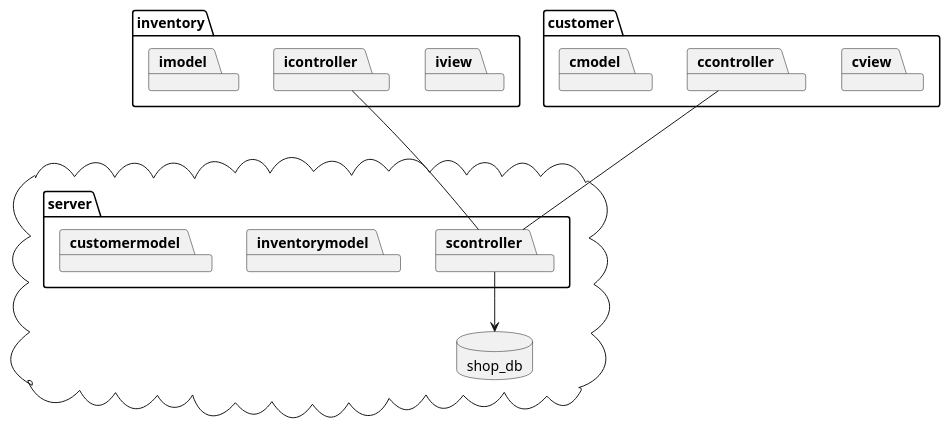
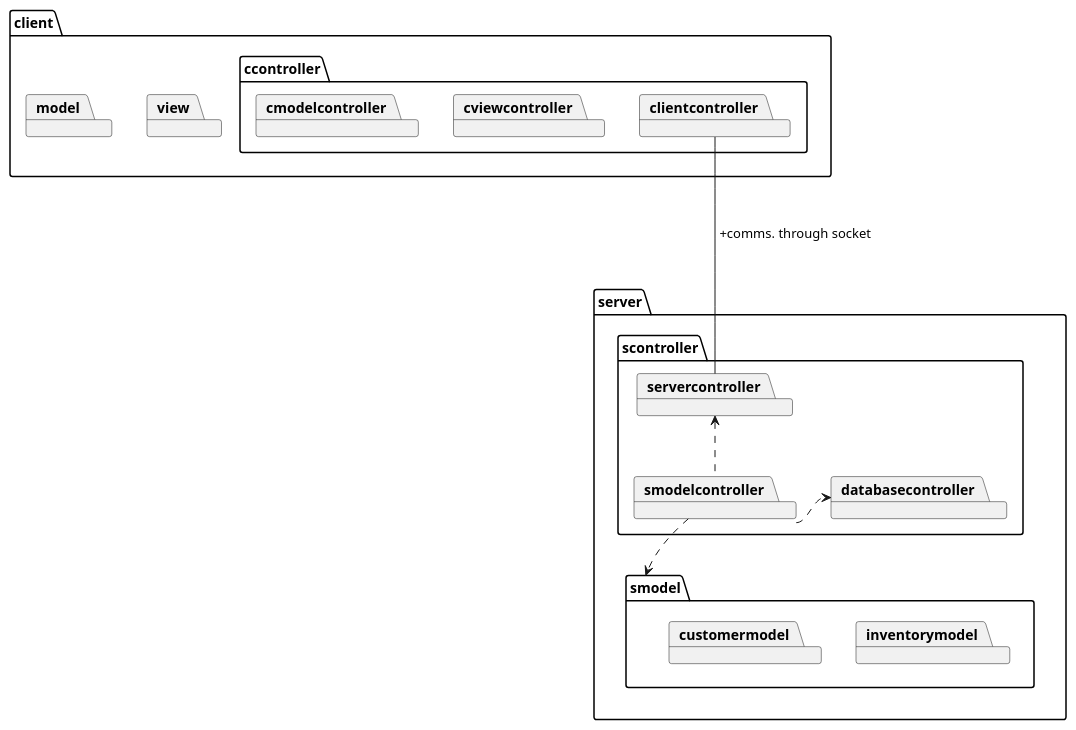
Before and after one commit to patrickronn/tool-shop-inventory-management-application: the diagram in pre-project/main-uml.md, drawn with PlantUML. The commit also changed 3 other files, not shown here.

Commit message:
Renamed low-level UMLs and updated them based on client-server architecture

````diff
--- a/pre-project/main-uml.md
+++ b/pre-project/main-uml.md
@@ -12,33 +12,51 @@
 ```plantuml
 @startuml
 skinparam classAttributeIconSize 0
 
-package inventory {
+/'
+package inventoryclient {
     package iview
     package icontroller
     package imodel
 }
 
-package customer {
+package customerclient {
     package cview
     package ccontroller
     package cmodel
 }
+'/
 
-cloud {
-    package server {
-        package scontroller
+package client {
+    package view
+    package ccontroller {
+        package clientcontroller
+        package cviewcontroller
+        package cmodelcontroller
+    }
+    package model
+}
+
+package server {
+    package scontroller {
+        package servercontroller
+        package smodelcontroller
+        package databasecontroller
+    }
+    package smodel {
         package inventorymodel
         package customermodel
     }
-    
-    database shop_db
 }
 
-icontroller --- scontroller
-ccontroller --- scontroller
-scontroller --> shop_db
+clientcontroller --- servercontroller : " +comms. through socket"
+
+servercontroller <.. smodelcontroller
+smodelcontroller .> databasecontroller
+
+smodelcontroller ..> smodel
+
 
 hide members
 @enduml
 ```
````
